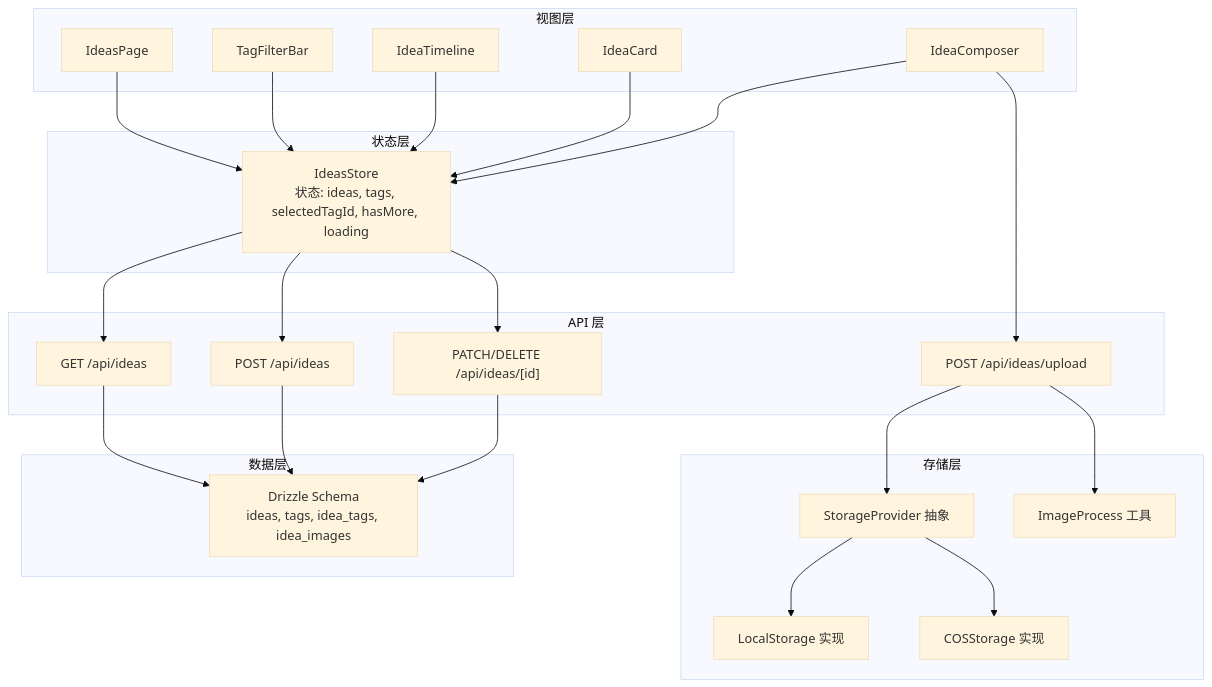
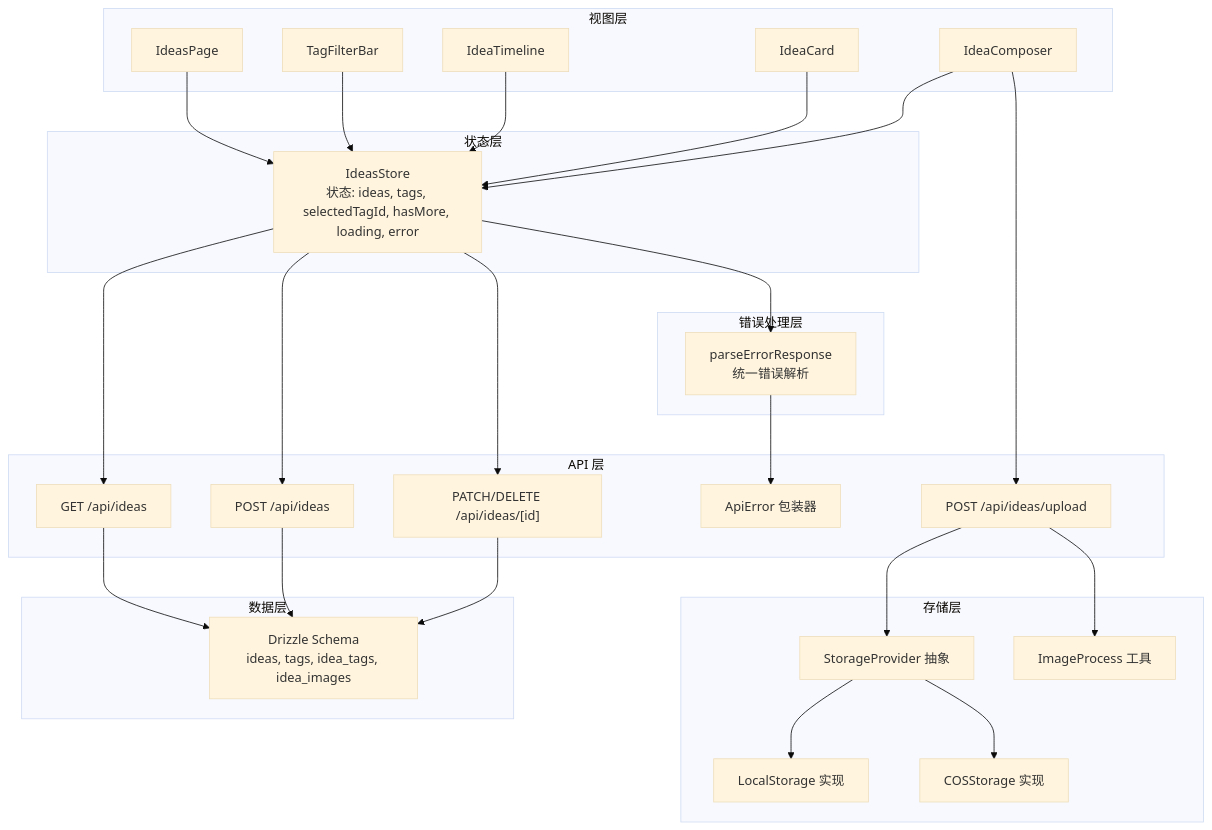
Before and after one commit to BlackBoxRecorder/uninote: the first of 10 diagrams in .qoder/repowiki/zh/content/状态管理/想法状态.md, drawn with Mermaid (base theme). The commit also changed other lines of this file and 9 other files, not shown here.

````diff
--- a/.qoder/repowiki/zh/content/状态管理/想法状态.md
+++ b/.qoder/repowiki/zh/content/状态管理/想法状态.md
@@ -46,44 +58,50 @@
 ```mermaid
 graph TB
 subgraph "状态层"
-S["IdeasStore<br/>状态: ideas, tags, selectedTagId, hasMore, loading"]
+S["IdeasStore<br/>状态: ideas, tags, selectedTagId, hasMore, loading, error"]
 end
 subgraph "视图层"
 P["IdeasPage"]
 T["TagFilterBar"]
 TL["IdeaTimeline"]
 C["IdeaCard"]
 J["IdeaComposer"]
 end
 subgraph "API 层"
 API1["GET /api/ideas"]
 API2["POST /api/ideas"]
 API3["PATCH/DELETE /api/ideas/[id]"]
 API4["POST /api/ideas/upload"]
+ERR["ApiError 包装器"]
 end
 subgraph "数据层"
 DB["Drizzle Schema<br/>ideas, tags, idea_tags, idea_images"]
 end
 subgraph "存储层"
 ST["StorageProvider 抽象"]
 SL["LocalStorage 实现"]
 SC["COSStorage 实现"]
 IP["ImageProcess 工具"]
 end
+subgraph "错误处理层"
+PARSE["parseErrorResponse<br/>统一错误解析"]
+end
 P --> S
 T --> S
 TL --> S
 C --> S
 J --> S
 S --> API1
 S --> API2
 S --> API3
 J --> API4
+S --> PARSE
+PARSE --> ERR
 API1 --> DB
 API2 --> DB
 API3 --> DB
 API4 --> ST
 ST --> SL
 ST --> SC
 API4 --> IP
 ```
````
